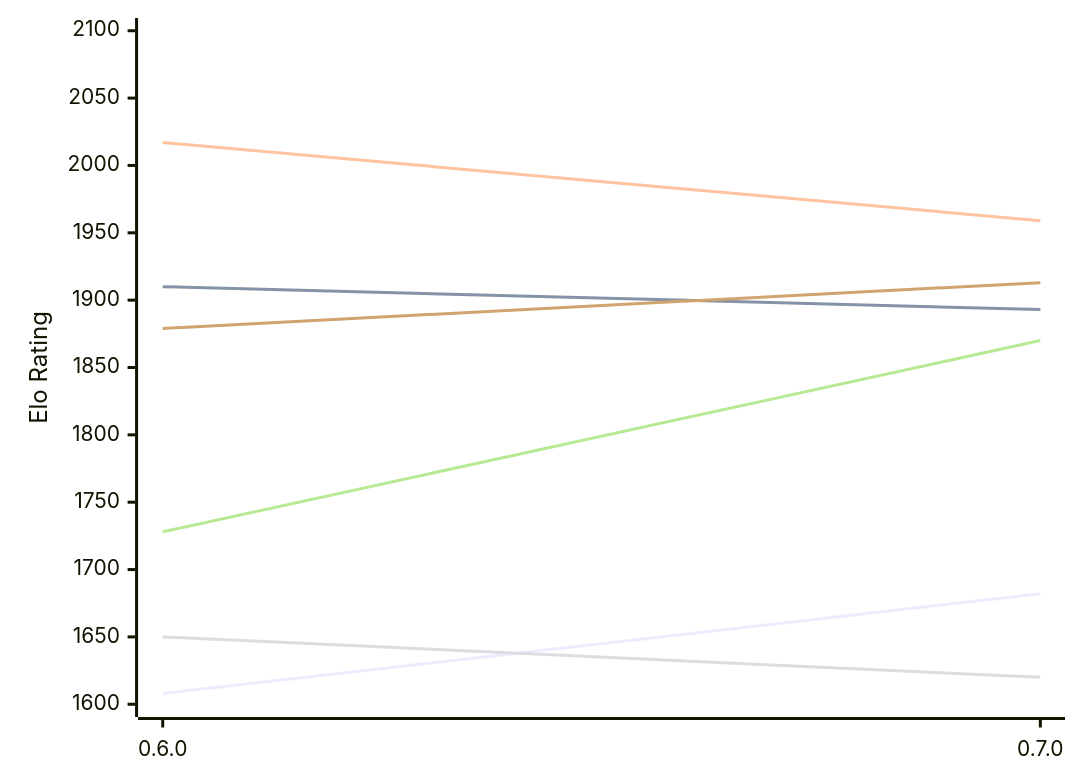
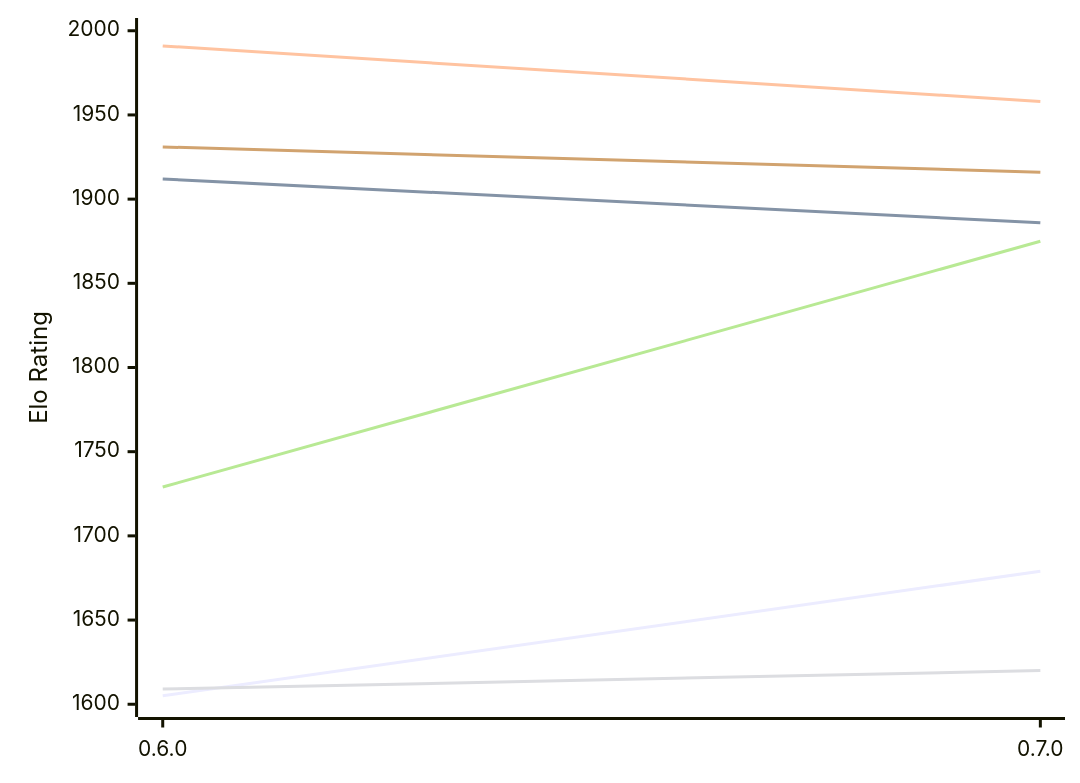
The first of 2 diagrams in engines/Chess-rs.md (computer-chess-index/cci), drawn with Mermaid before and after one commit. The commit also changed other lines of this file, not shown here.

Commit message:
Update CCI Ratings (ELO VLTC) - 2026-11-16

````diff
--- a/engines/Chess-rs.md
+++ b/engines/Chess-rs.md
@@ -51,12 +51,12 @@
 ```mermaid
 %%{init: {"theme":"base","themeVariables":{"seriesColors:['#a3a3a3','#222221','#faa371']}}}%%
 xychart-beta
   x-axis ["0.6.0", "0.7.0"]
-  y-axis "Elo Rating" 1600 --> 2100
-  line "E1: STC (8.0+0.08s)" [1608, 1682]
-  line "E1: LTC (60.0+0.60s)" [1910, 1893]
-  line "E1: VLTC (2m24s+1.12s)" [2017, 1959]
-  line "P1: STC (8.0+0.08s)" [1650, 1620]
-  line "P1: LTC (60.0+0.60s)" [1728, 1870]
-  line "P1: VLTC (2m24s+1.12s)" [1879, 1913]
+  y-axis "Elo Rating" 1600 --> 2000
+  line "E1: STC (8.0+0.08s)" [1605, 1679]
+  line "E1: LTC (60.0+0.60s)" [1912, 1886]
+  line "E1: VLTC (2m24s+1.12s)" [1991, 1958]
+  line "P1: STC (8.0+0.08s)" [1609, 1620]
+  line "P1: LTC (60.0+0.60s)" [1729, 1875]
+  line "P1: VLTC (2m24s+1.12s)" [1931, 1916]
 ```
````
